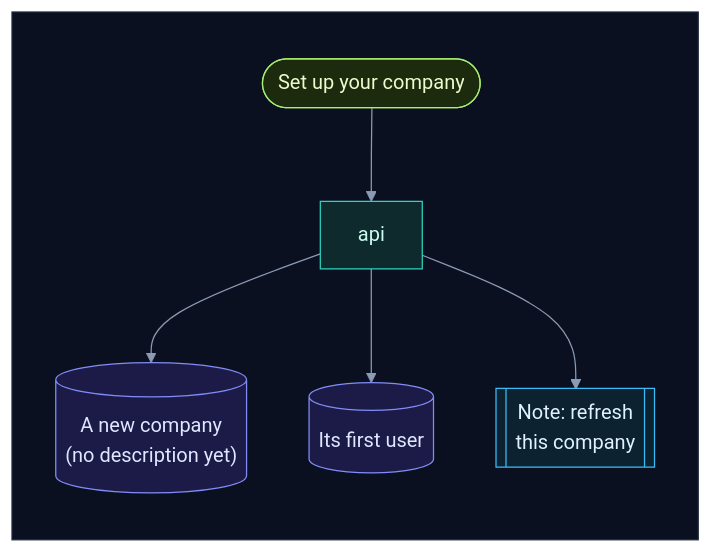
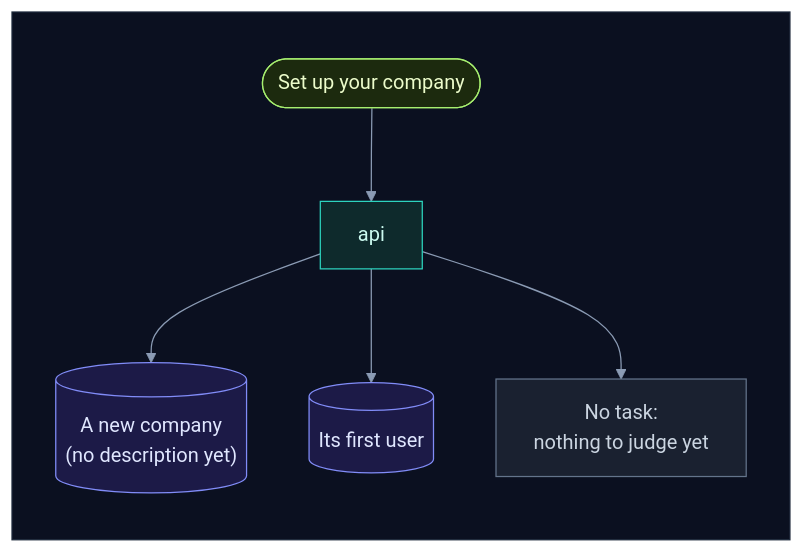
One commit to selvakumarperumal/Regulatory_Circular_Impact_Agent changed diagram 33 of 56 in how_it_works.md. Above: the diagram before and after it, drawn with Mermaid. The commit also changed other lines of this file and 4 other files, not shown here.

````diff
--- a/how_it_works.md
+++ b/how_it_works.md
@@ -1673,26 +1675,26 @@
 ```mermaid
 %%{init: {"theme": "base", "flowchart": {"diagramPadding": 0}, "themeVariables": {"darkMode": true, "primaryColor": "#16213a", "primaryTextColor": "#e6edf7", "primaryBorderColor": "#475a7a", "lineColor": "#8b9bb4", "secondaryColor": "#1b2436", "tertiaryColor": "#101a2e", "edgeLabelBackground": "#0f172a", "textColor": "#e2e8f0", "clusterBkg": "#0f1728", "clusterBorder": "#2b3a55", "titleColor": "#c4b5fd", "nodeTextColor": "#e6edf7"}}}%%
 flowchart TD
     subgraph canvas[" "]
         direction TB
         u(["Set up your company"]) --> a["api"]
         a --> co[("A new company<br/>(no description yet)")]
         a --> us[("Its first user")]
-        a --> q[["Note: refresh<br/>this company"]]
+        a --> n["No task:<br/>nothing to judge yet"]
     end
     classDef svc fill:#0e2a2c,stroke:#2dd4bf,color:#ccfbf1
     classDef data fill:#1c1a47,stroke:#818cf8,color:#e0e7ff
     classDef ext fill:#2a1640,stroke:#c084fc,color:#f3e8ff
     classDef gpu fill:#2d1b0c,stroke:#fb923c,color:#ffedd5
     classDef ask fill:#2a2410,stroke:#fbbf24,color:#fef3c7
     classDef ok fill:#0b2a1c,stroke:#34d399,color:#d1fae5
     classDef bad fill:#2e0f17,stroke:#fb7185,color:#ffe4e6
     classDef start fill:#1c2a0e,stroke:#a7ef6f,color:#ecfccb
     classDef muted fill:#1a2130,stroke:#64748b,color:#cbd5e1
     classDef queue fill:#0c2231,stroke:#38bdf8,color:#e0f2fe
     class u start
     class a svc
     class co,us data
-    class q queue
+    class n muted
     style canvas fill:#0b1020,stroke:#1e293b,color:#0b1020
 ```
````
